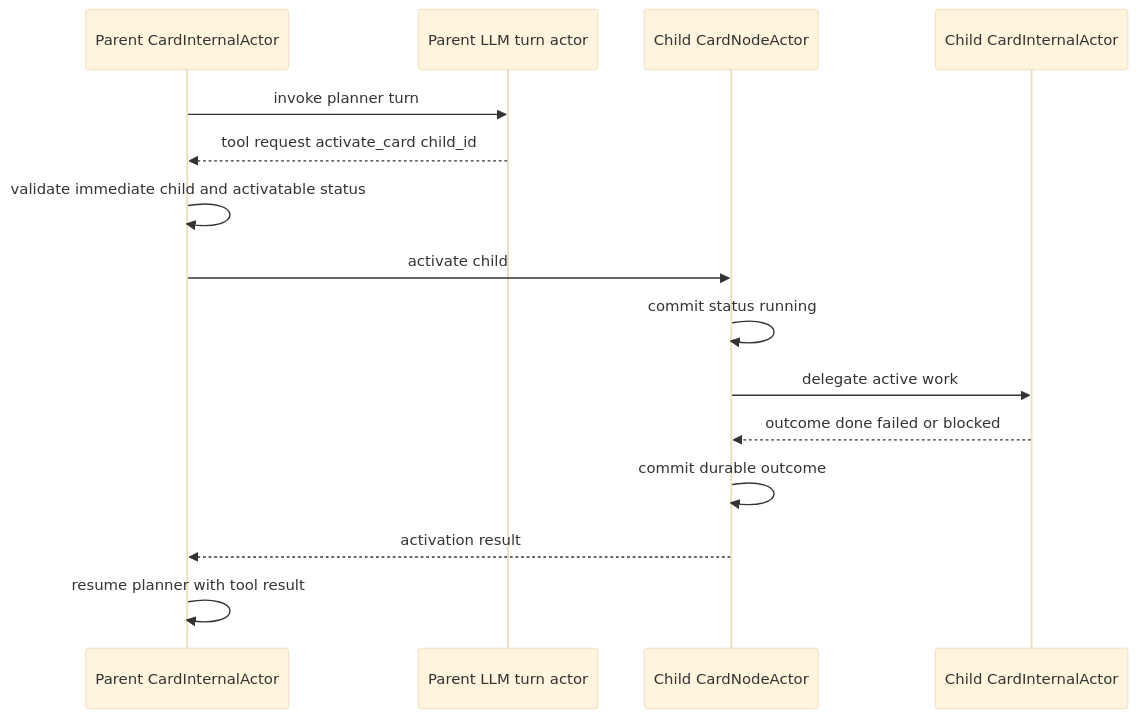
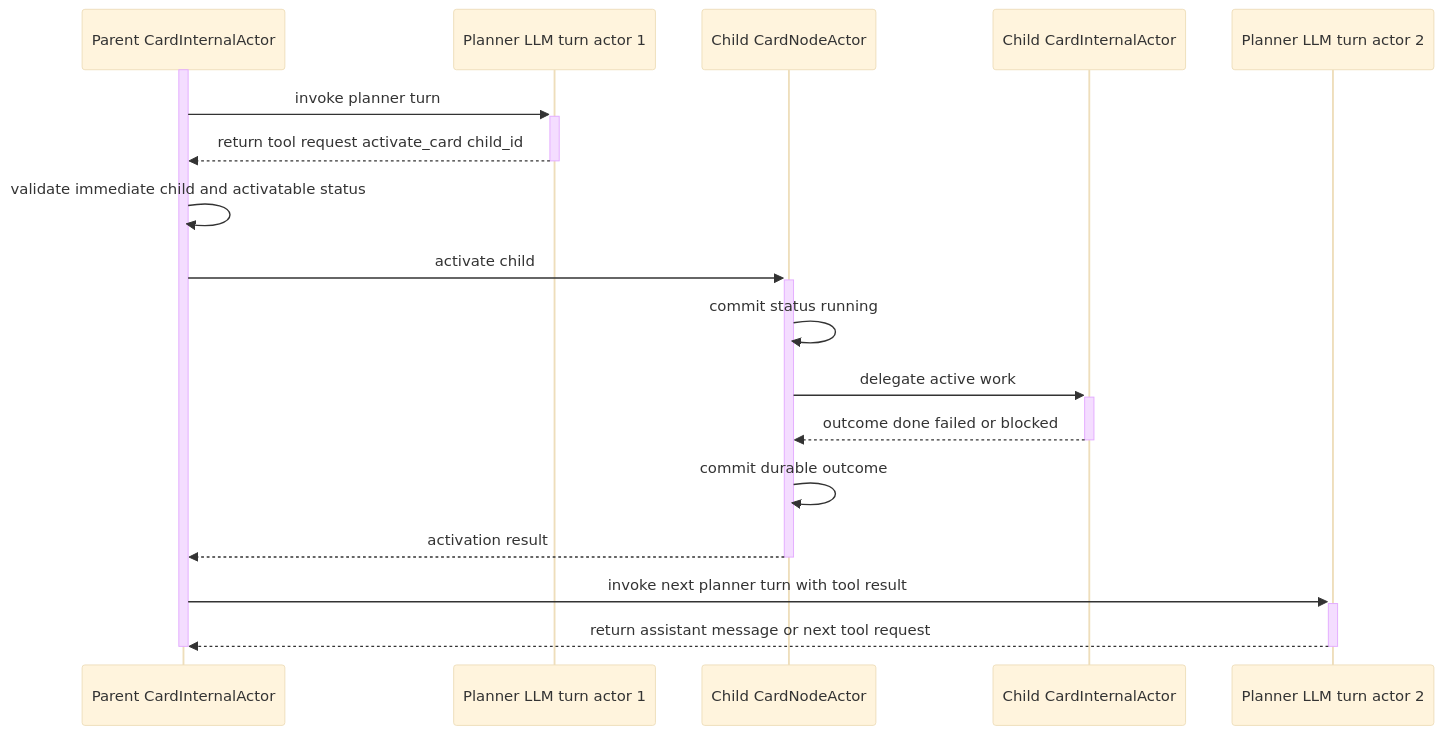
Before and after one commit to salva/saivage-v3: the second of 2 diagrams in docs/architecture/xstate-runtime-core.md, drawn with Mermaid (base theme). The commit also changed other lines of this file, not shown here.

Commit message:
docs: clarify child activation sequence

````diff
--- a/docs/architecture/xstate-runtime-core.md
+++ b/docs/architecture/xstate-runtime-core.md
@@ -121,18 +121,22 @@
 ```mermaid
 sequenceDiagram
   participant ParentInternal as Parent CardInternalActor
-  participant ParentTurn as Parent LLM turn actor
+  participant PlannerTurn1 as Planner LLM turn actor 1
   participant ChildNode as Child CardNodeActor
   participant ChildInternal as Child CardInternalActor
+  participant PlannerTurn2 as Planner LLM turn actor 2
 
-  ParentInternal->>ParentTurn: invoke planner turn
-  ParentTurn-->>ParentInternal: tool request activate_card child_id
+  activate ParentInternal
+  ParentInternal->>+PlannerTurn1: invoke planner turn
+  PlannerTurn1-->>-ParentInternal: return tool request activate_card child_id
   ParentInternal->>ParentInternal: validate immediate child and activatable status
-  ParentInternal->>ChildNode: activate child
+  ParentInternal->>+ChildNode: activate child
   ChildNode->>ChildNode: commit status running
-  ChildNode->>ChildInternal: delegate active work
-  ChildInternal-->>ChildNode: outcome done failed or blocked
+  ChildNode->>+ChildInternal: delegate active work
+  ChildInternal-->>-ChildNode: outcome done failed or blocked
   ChildNode->>ChildNode: commit durable outcome
-  ChildNode-->>ParentInternal: activation result
-  ParentInternal->>ParentInternal: resume planner with tool result
+  ChildNode-->>-ParentInternal: activation result
+  ParentInternal->>+PlannerTurn2: invoke next planner turn with tool result
+  PlannerTurn2-->>-ParentInternal: return assistant message or next tool request
+  deactivate ParentInternal
 ```
````
